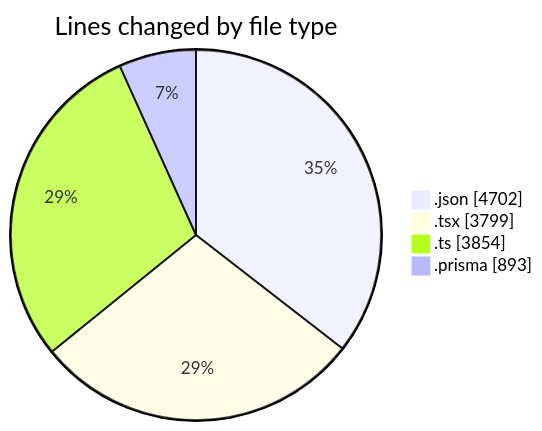
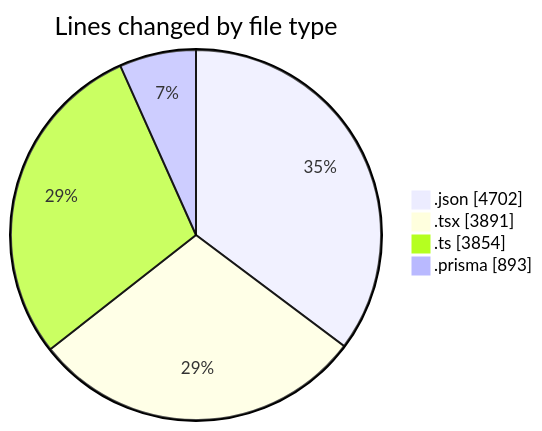
Before and after one commit to CELIANVF/code-tracking: the first of 2 diagrams in 2025-05-05/ecodeli/README.md, drawn with Mermaid. The commit also changed other lines of this file and 1 other file, not shown here.

````diff
--- a/2025-05-05/ecodeli/README.md
+++ b/2025-05-05/ecodeli/README.md
@@ -47,8 +49,8 @@
 ```mermaid
 pie showData
 title Lines changed by file type
 ".json" : 4702
-".tsx" : 3799
+".tsx" : 3891
 ".ts" : 3854
 ".prisma" : 893
 ```
````
